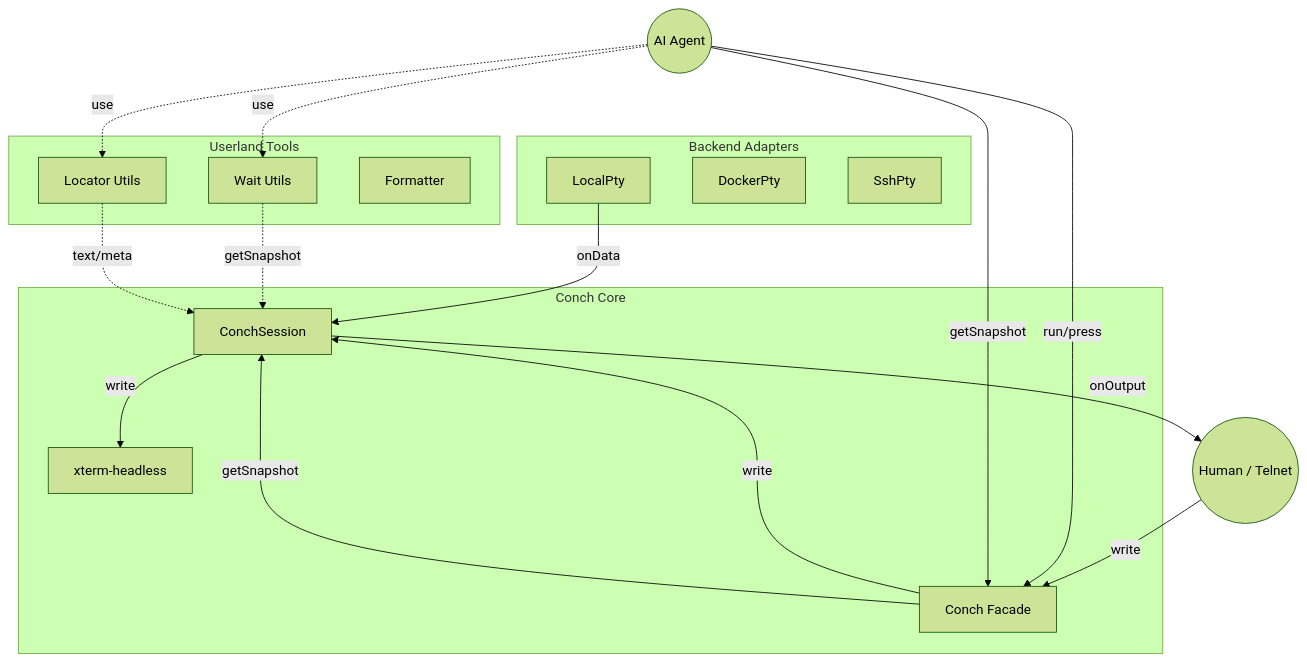
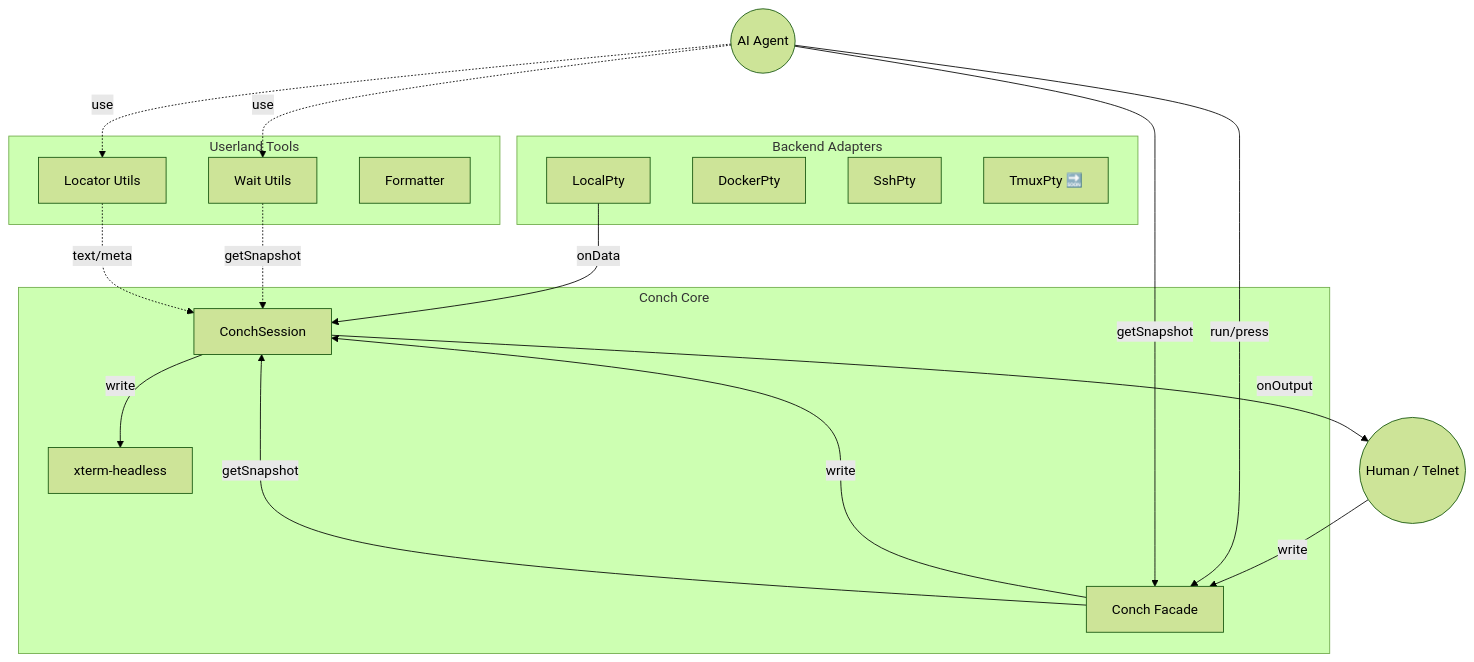
The diagram in src/README.ja.md (youseiushida/conch), drawn with Mermaid (forest theme) before and after one commit. The commit also changed other lines of this file and 18 other files, not shown here.

````diff
--- a/src/README.ja.md
+++ b/src/README.ja.md
@@ -34,43 +34,44 @@
 ```mermaid
 graph TD
     subgraph Backend [Backend Adapters]
         LP[LocalPty]
         DP[DockerPty]
         SP[SshPty]
+        TP[TmuxPty 🔜]
     end
 
     subgraph Core [Conch Core]
         Facade[Conch Facade]
         Session[ConchSession]
         Xterm[xterm-headless]
     end
     
     subgraph Utils [Userland Tools]
         Wait[Wait Utils]
         Locator[Locator Utils]
         Formatter[Formatter]
     end
 
     Human((Human / Telnet))
     Agent((AI Agent))
 
     %% Data Flow
     LP -->|onData| Session
     Session -->|write| Xterm
     
     %% Output
     Session -->|onOutput| Human
     
     %% Input
     Human -->|write| Facade
     Agent -->|run/press| Facade
     Facade -->|write| Session
     
     %% Snapshot & Analysis
     Agent -->|getSnapshot| Facade
     Facade -->|getSnapshot| Session
     Agent -.->|use| Wait
     Agent -.->|use| Locator
     Wait -.->|getSnapshot| Session
     Locator -.->|text/meta| Session
 ```
````
